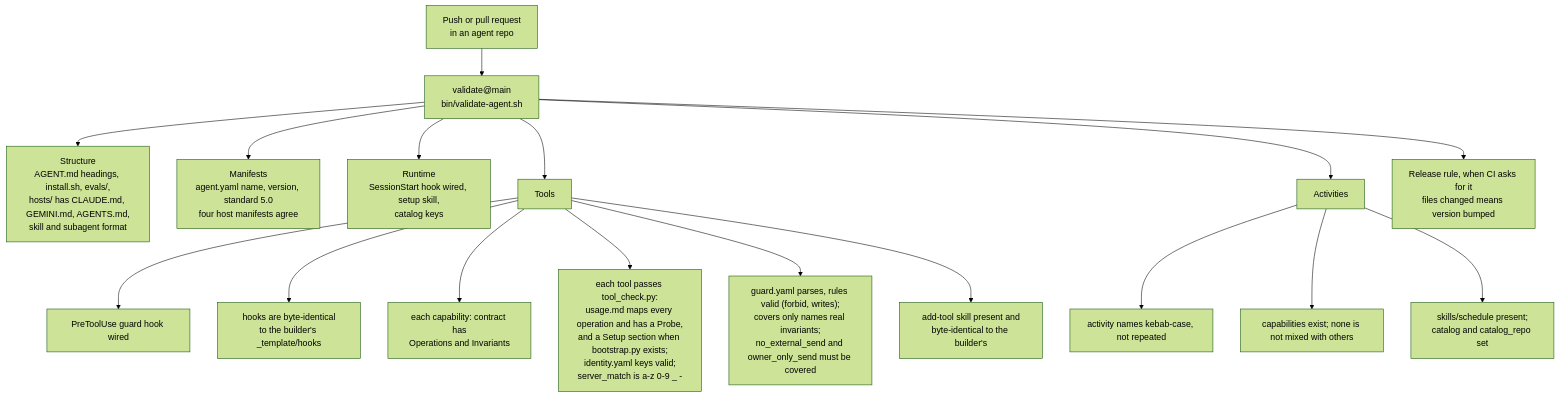
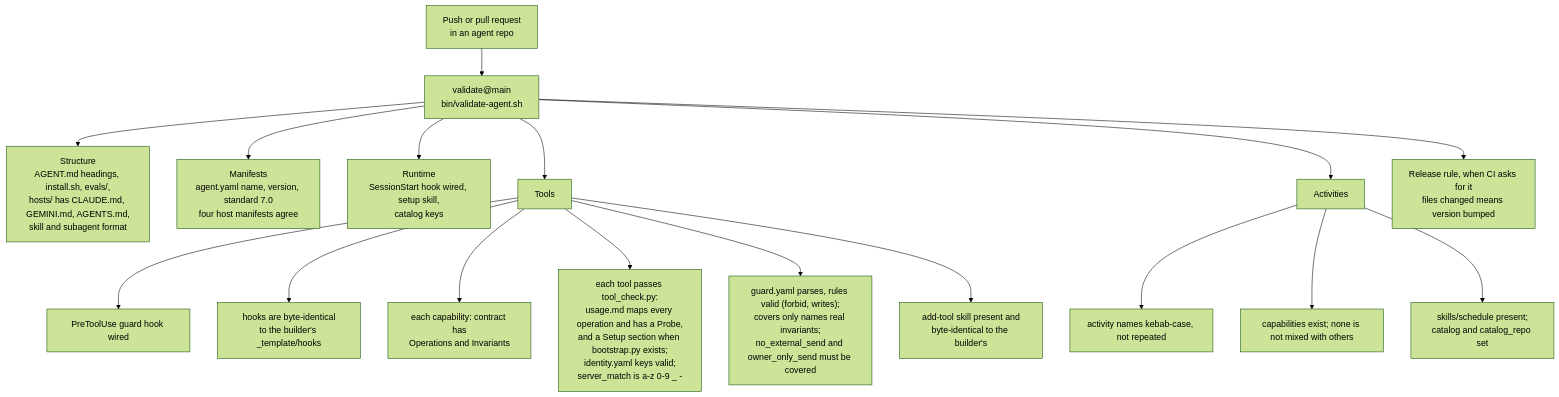
Before and after one commit to webspenser/agent-builder: the second of 6 diagrams in docs/how-it-works.md, drawn with Mermaid (forest theme). The commit also changed other lines of this file and 1 other file, not shown here.

Commit message:
docs: 7.0 version lines and wording fixes

````diff
--- a/docs/how-it-works.md
+++ b/docs/how-it-works.md
@@ -205,19 +205,19 @@
 ```mermaid
 flowchart TD
   S["Push or pull request<br/>in an agent repo"] --> V["validate@main<br/>bin/validate-agent.sh"]
   V --> ST["Structure<br/>AGENT.md headings, install.sh, evals/,<br/>hosts/ has CLAUDE.md, GEMINI.md, AGENTS.md,<br/>skill and subagent format"]
-  V --> MF["Manifests<br/>agent.yaml name, version, standard 5.0<br/>four host manifests agree"]
+  V --> MF["Manifests<br/>agent.yaml name, version, standard 7.0<br/>four host manifests agree"]
   V --> RT["Runtime<br/>SessionStart hook wired, setup skill,<br/>catalog keys"]
   V --> TL["Tools"]
   V --> AC["Activities"]
   V --> BU["Release rule, when CI asks for it<br/>files changed means version bumped"]
   TL --> T1["PreToolUse guard hook wired"]
   TL --> T2["hooks are byte-identical<br/>to the builder's _template/hooks"]
   TL --> T3["each capability: contract has<br/>Operations and Invariants"]
   TL --> T4["each tool passes tool_check.py:<br/>usage.md maps every operation and has a Probe,<br/>and a Setup section when bootstrap.py exists;<br/>identity.yaml keys valid;<br/>server_match is a-z 0-9 _ -"]
   TL --> T5["guard.yaml parses, rules valid (forbid, writes);<br/>covers only names real invariants;<br/>no_external_send and owner_only_send must be covered"]
   TL --> T6["add-tool skill present and<br/>byte-identical to the builder's"]
   AC --> A1["activity names kebab-case, not repeated"]
   AC --> A2["capabilities exist; none is not mixed with others"]
   AC --> A3["skills/schedule present;<br/>catalog and catalog_repo set"]
 ```
````
